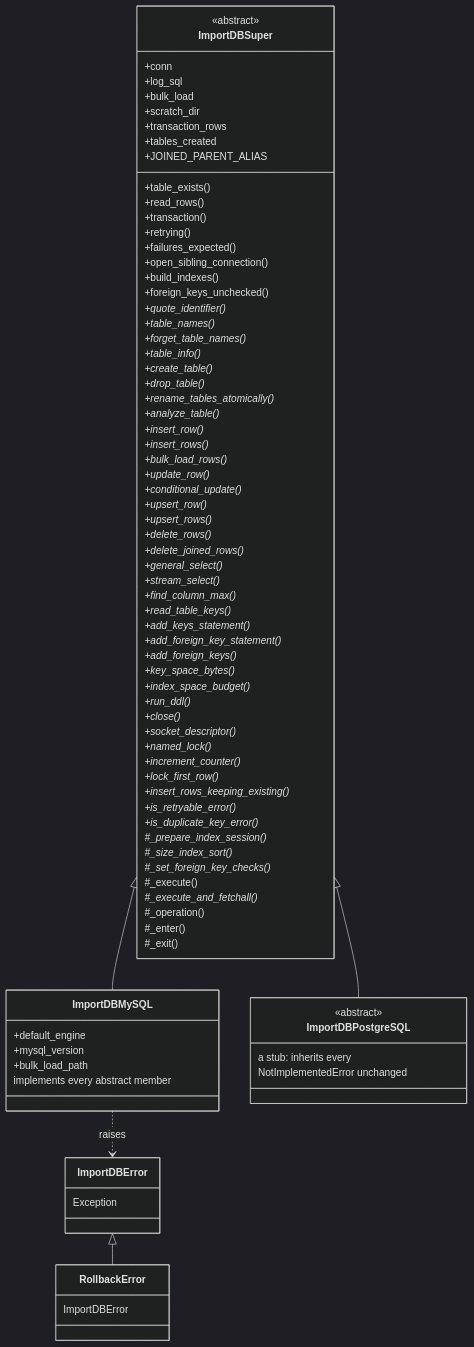
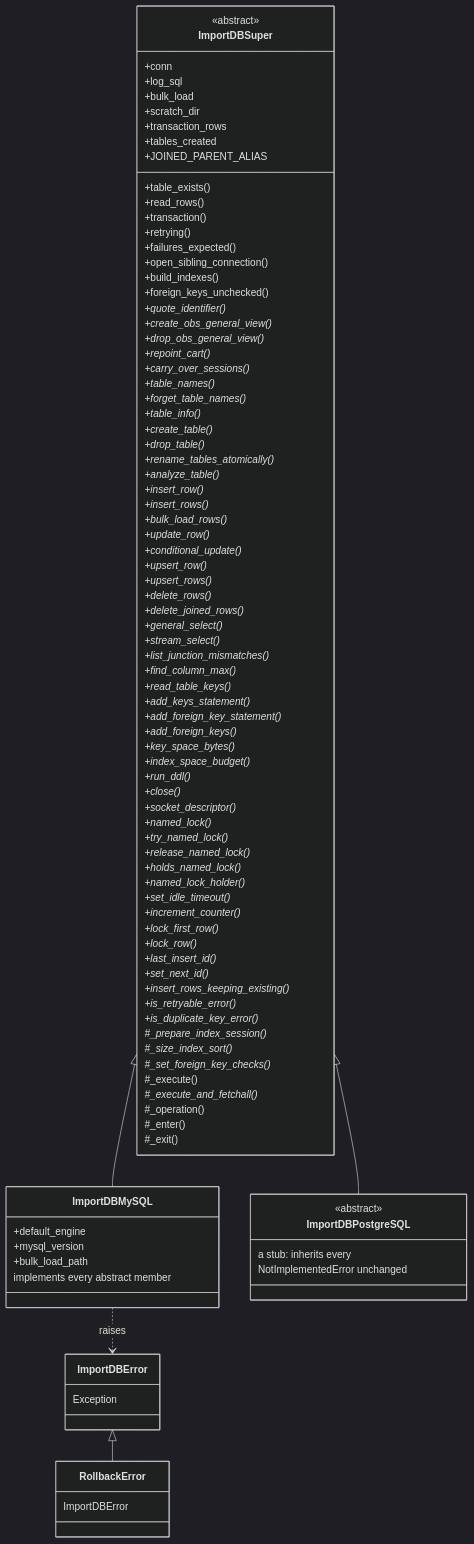
One commit to SETI/rms-opus changed the diagram in docs/dev_guide_import_db.rst. Above: the diagram before and after it, drawn with Mermaid (dark theme). The commit also changed other lines of this file and 26 other files, not shown here.

```diff
--- a/docs/dev_guide_import_db.rst
+++ b/docs/dev_guide_import_db.rst
@@ -49,6 +49,10 @@
             +build_indexes()
             +foreign_keys_unchecked()
             +quote_identifier()*
+            +create_obs_general_view()*
+            +drop_obs_general_view()*
+            +repoint_cart()*
+            +carry_over_sessions()*
             +table_names()*
             +forget_table_names()*
             +table_info()*
@@ -67,6 +71,7 @@
             +delete_joined_rows()*
             +general_select()*
             +stream_select()*
+            +list_junction_mismatches()*
             +find_column_max()*
             +read_table_keys()*
             +add_keys_statement()*
@@ -78,8 +83,16 @@
             +close()*
             +socket_descriptor()*
             +named_lock()*
+            +try_named_lock()*
+            +release_named_lock()*
+            +holds_named_lock()*
+            +named_lock_holder()*
+            +set_idle_timeout()*
             +increment_counter()*
             +lock_first_row()*
+            +lock_row()*
+            +last_insert_id()*
+            +set_next_id()*
             +insert_rows_keeping_existing()*
             +is_retryable_error()*
             +is_duplicate_key_error()*
```
